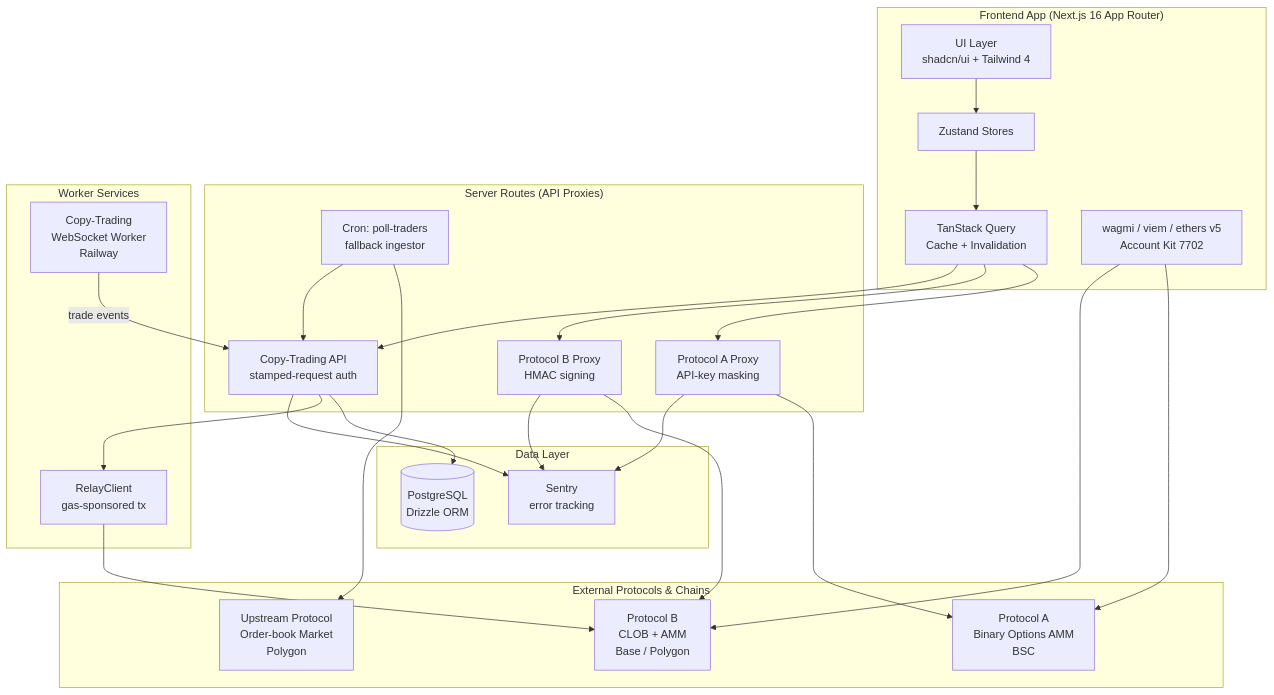
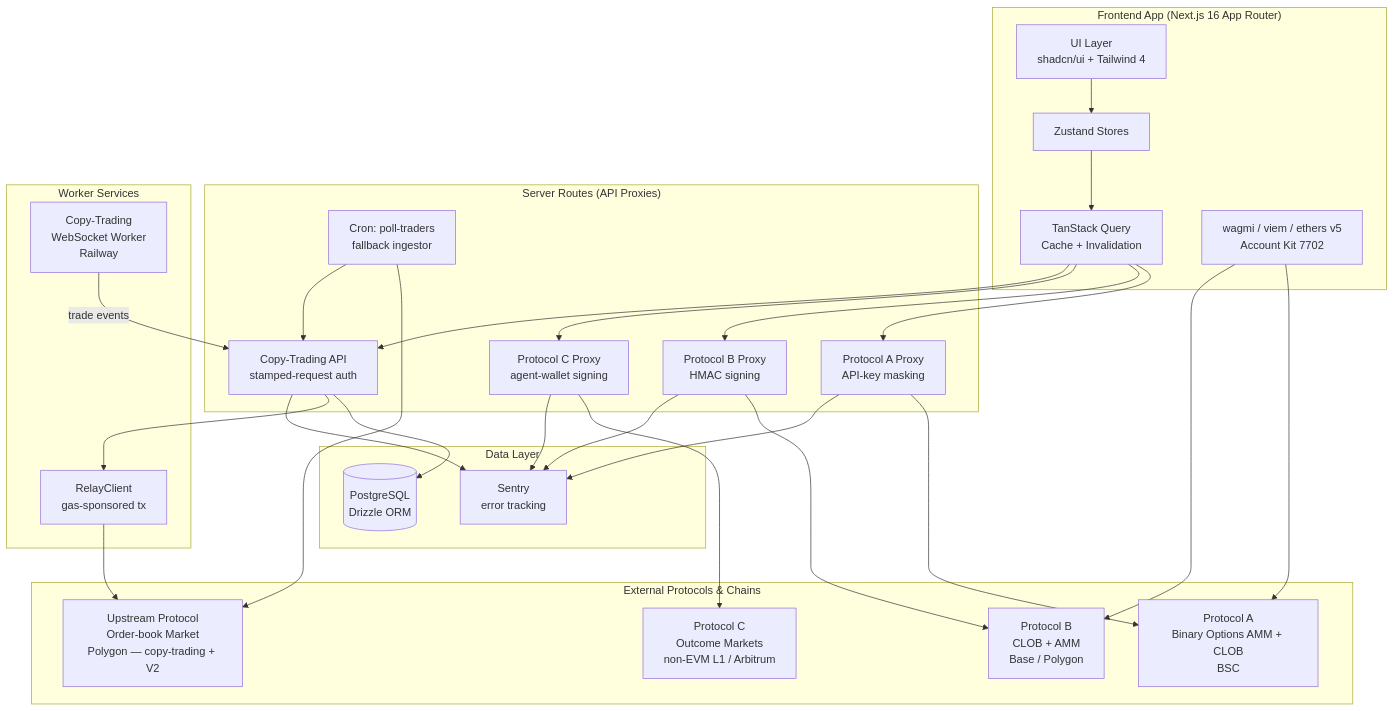
Before and after one commit to paradoxlabdev/web3-trading-integrations-portfolio: the diagram in README.md, drawn with Mermaid. The commit also changed other lines of this file and 6 other files, not shown here.

````diff
--- a/README.md
+++ b/README.md
@@ -86,51 +112,56 @@
 ```mermaid
 graph TB
     subgraph "External Protocols & Chains"
-        PA[Protocol A<br/>Binary Options AMM<br/>BSC]
+        PA[Protocol A<br/>Binary Options AMM + CLOB<br/>BSC]
         PB[Protocol B<br/>CLOB + AMM<br/>Base / Polygon]
-        PC[Upstream Protocol<br/>Order-book Market<br/>Polygon]
+        PC[Protocol C<br/>Outcome Markets<br/>non-EVM L1 / Arbitrum]
+        PD[Upstream Protocol<br/>Order-book Market<br/>Polygon — copy-trading + V2]
     end
 
     subgraph "Frontend App (Next.js 16 App Router)"
         UI[UI Layer<br/>shadcn/ui + Tailwind 4]
         STORES[Zustand Stores]
         Q[TanStack Query<br/>Cache + Invalidation]
         WEB3[wagmi / viem / ethers v5<br/>Account Kit 7702]
     end
 
     subgraph "Server Routes (API Proxies)"
         R_A[Protocol A Proxy<br/>API-key masking]
         R_B[Protocol B Proxy<br/>HMAC signing]
+        R_C[Protocol C Proxy<br/>agent-wallet signing]
         R_CT[Copy-Trading API<br/>stamped-request auth]
         R_CRON[Cron: poll-traders<br/>fallback ingestor]
     end
 
     subgraph "Data Layer"
         PG[(PostgreSQL<br/>Drizzle ORM)]
         SENTRY[Sentry<br/>error tracking]
     end
 
     subgraph "Worker Services"
         WS_WORKER[Copy-Trading<br/>WebSocket Worker<br/>Railway]
         RELAY[RelayClient<br/>gas-sponsored tx]
     end
 
     UI --> STORES
     STORES --> Q
     Q --> R_A
     Q --> R_B
+    Q --> R_C
     Q --> R_CT
     R_A --> PA
     R_B --> PB
+    R_C --> PC
     WS_WORKER -->|trade events| R_CT
     R_CT --> PG
-    R_CRON --> PC
+    R_CRON --> PD
     R_CRON --> R_CT
     WEB3 --> PA
     WEB3 --> PB
     R_CT --> RELAY
-    RELAY --> PB
+    RELAY --> PD
     R_A --> SENTRY
     R_B --> SENTRY
+    R_C --> SENTRY
     R_CT --> SENTRY
 ```
````
